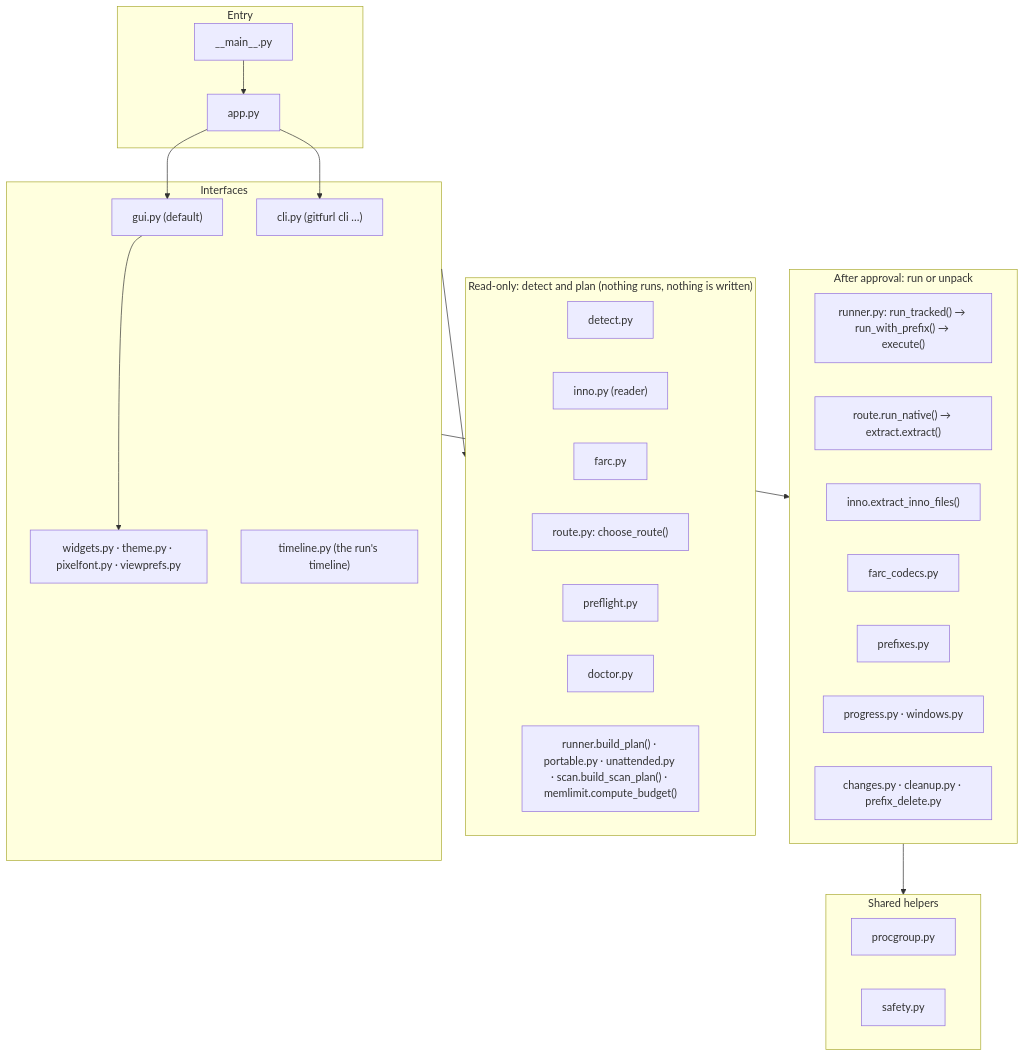
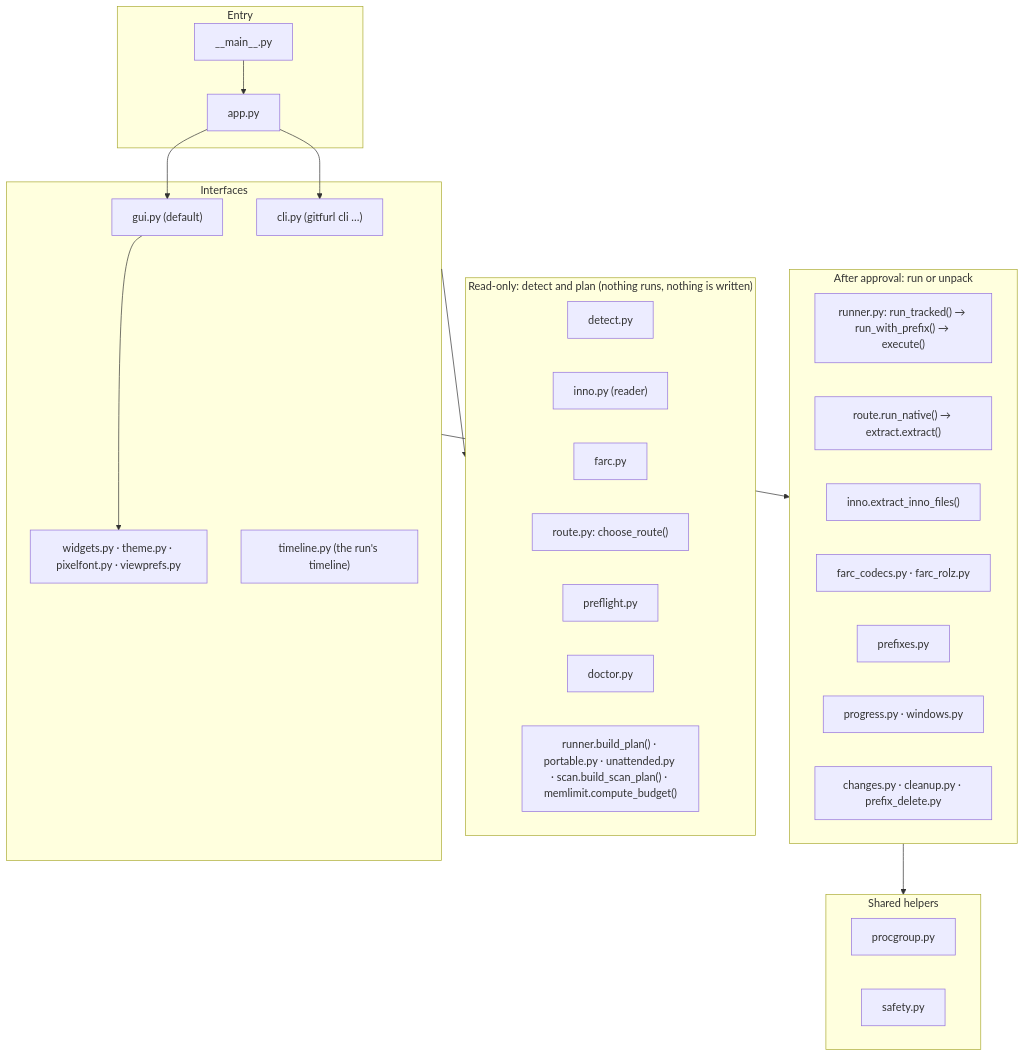
One commit to undecuple/gitfurl changed the first of 6 diagrams in docs/code-map.md. Above: the diagram before and after it, drawn with Mermaid. The commit also changed other lines of this file and 13 other files, not shown here.

````diff
--- a/docs/code-map.md
+++ b/docs/code-map.md
@@ -9,39 +9,39 @@
 ```mermaid
 flowchart TB
   subgraph entry["Entry"]
     main["__main__.py"] --> app["app.py"]
   end
   subgraph ui["Interfaces"]
     gui["gui.py (default)"]
     cli["cli.py (gitfurl cli …)"]
     widgets["widgets.py · theme.py · pixelfont.py · viewprefs.py"]
     timeline["timeline.py (the run's timeline)"]
   end
   subgraph plan["Read-only: detect and plan (nothing runs, nothing is written)"]
     detect["detect.py"]
     inno["inno.py (reader)"]
     farc["farc.py"]
     route["route.py: choose_route()"]
     preflight["preflight.py"]
     doctor["doctor.py"]
     builders["runner.build_plan() · portable.py · unattended.py · scan.build_scan_plan() · memlimit.compute_budget()"]
   end
   subgraph run["After approval: run or unpack"]
     runner["runner.py: run_tracked() → run_with_prefix() → execute()"]
     native["route.run_native() → extract.extract()"]
     innox["inno.extract_inno_files()"]
-    codecs["farc_codecs.py"]
+    codecs["farc_codecs.py · farc_rolz.py"]
     prefixes["prefixes.py"]
     progress["progress.py · windows.py"]
     changes["changes.py · cleanup.py · prefix_delete.py"]
   end
   subgraph shared["Shared helpers"]
     procgroup["procgroup.py"]
     safety["safety.py"]
   end
   app --> gui & cli
   gui --> widgets
   ui --> plan
   ui --> run
   run --> shared
 ```
````
